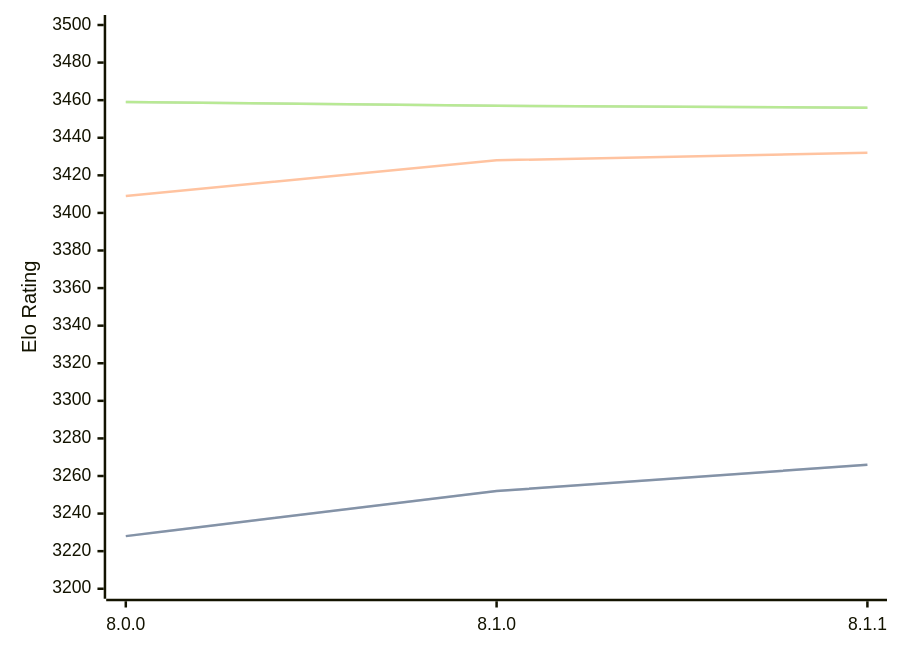
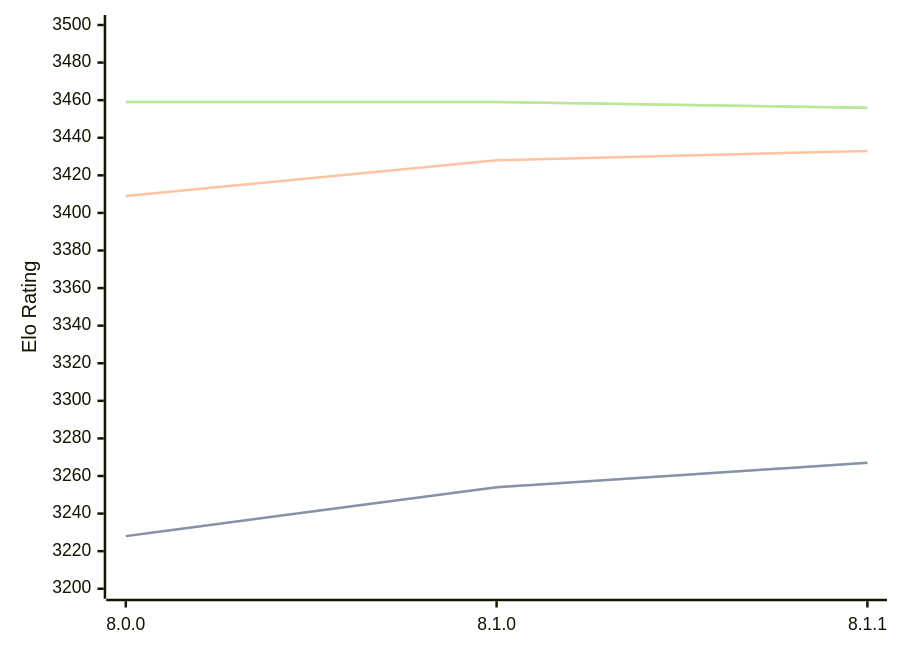
Before and after one commit to computer-chess-index/cci: the diagram in engines/Velvet.md, drawn with Mermaid. The commit also changed other lines of this file, not shown here.

Commit message:
Update CCI Ratings (ELO VLTC) - 2026-07-20

````diff
--- a/engines/Velvet.md
+++ b/engines/Velvet.md
@@ -57,11 +57,11 @@
 ```mermaid
 %%{init: {"theme":"base","themeVariables":{"seriesColors:['#a3a3a3','#222221','#faa371']}}}%%
 xychart-beta
   x-axis ["8.0.0", "8.1.0", "8.1.1"]
   y-axis "Elo Rating" 3200 --> 3500
-  line "STC (8.0+0.08s)" [3228, 3252, 3266]
-  line "STC (8.0+0.08s)" [3228, 3252, 3266]
-  line "LTC (60.0+0.60s)" [3409, 3428, 3432]
-  line "VLTC (2m24s+1.12s)" [3459, 3457, 3456]
-  line "VLTC (2m24s+1.12s)" [3459, 3457, 3456]
+  line "STC (8.0+0.08s)" [3228, 3254, 3267]
+  line "STC (8.0+0.08s)" [3228, 3254, 3267]
+  line "LTC (60.0+0.60s)" [3409, 3428, 3433]
+  line "VLTC (2m24s+1.12s)" [3459, 3459, 3456]
+  line "VLTC (2m24s+1.12s)" [3459, 3459, 3456]
 ```
````
